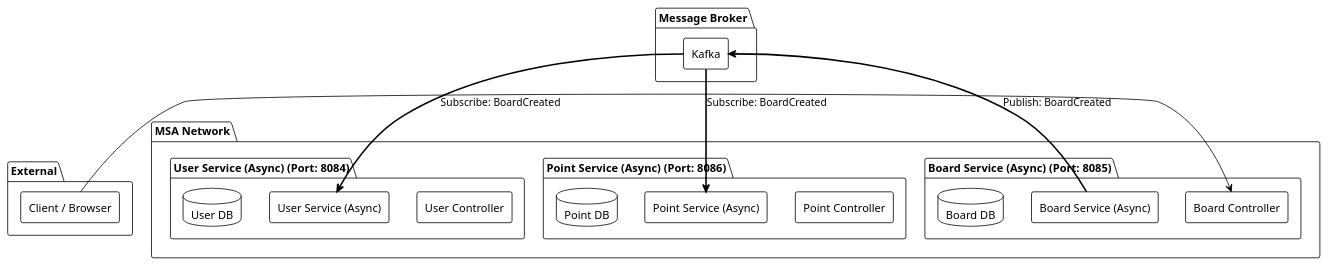
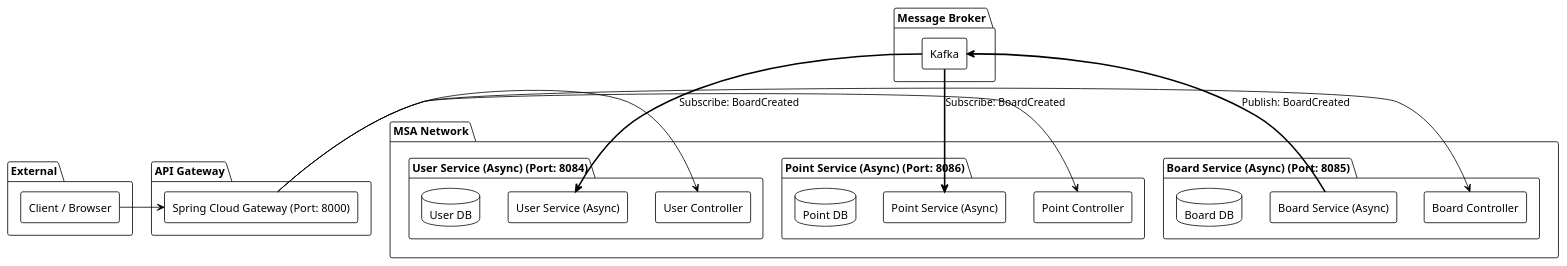
One commit to muzzaiwork/msa changed the diagram in msa-kafka-message-queue-async/msa-kafka-message-queue-async.md. Above: the diagram before and after it, drawn with PlantUML. The commit also changed other lines of this file and 55 other files, not shown here.

Commit message:
feat: API Gateway 인증 필터 구현 및 서비스별 내부/외부 API 분리

````diff
--- a/msa-kafka-message-queue-async/msa-kafka-message-queue-async.md
+++ b/msa-kafka-message-queue-async/msa-kafka-message-queue-async.md
@@ -23,39 +23,46 @@
 ```plantuml
 @startuml
 !theme plain
 skinparam componentStyle rectangle
 
 package "External" {
     [Client / Browser] as Client
+}
+
+package "API Gateway" {
+    [Spring Cloud Gateway (Port: 8000)] as Gateway
 }
 
 package "Message Broker" {
     component "Kafka" as Kafka
 }
 
 package "MSA Network" {
     package "Board Service (Async) (Port: 8085)" {
         component "Board Controller" as BS
         component "Board Service (Async)" as BService
         database "Board DB" as BDB
     }
 
     package "User Service (Async) (Port: 8084)" {
         component "User Controller" as US
         component "User Service (Async)" as UService
         database "User DB" as UDB
     }
 
     package "Point Service (Async) (Port: 8086)" {
         component "Point Controller" as PS
         component "Point Service (Async)" as PService
         database "Point DB" as PDB
     }
 }
 
-Client -> BS
+Client -> Gateway
+Gateway -> BS
+Gateway -> US
+Gateway -> PS
 BService -[bold]-> Kafka : Publish: BoardCreated
 Kafka -[bold]-> PService : Subscribe: BoardCreated
 Kafka -[bold]-> UService : Subscribe: BoardCreated
 @enduml
 ```
````
